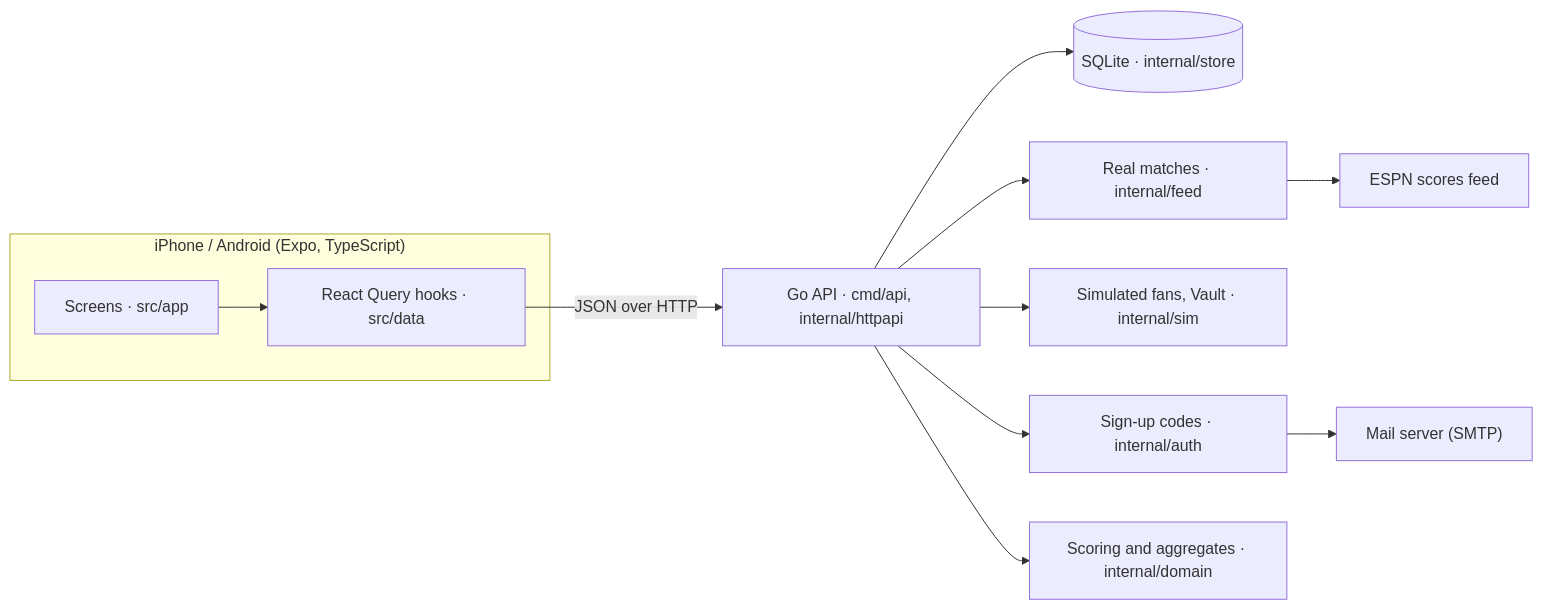
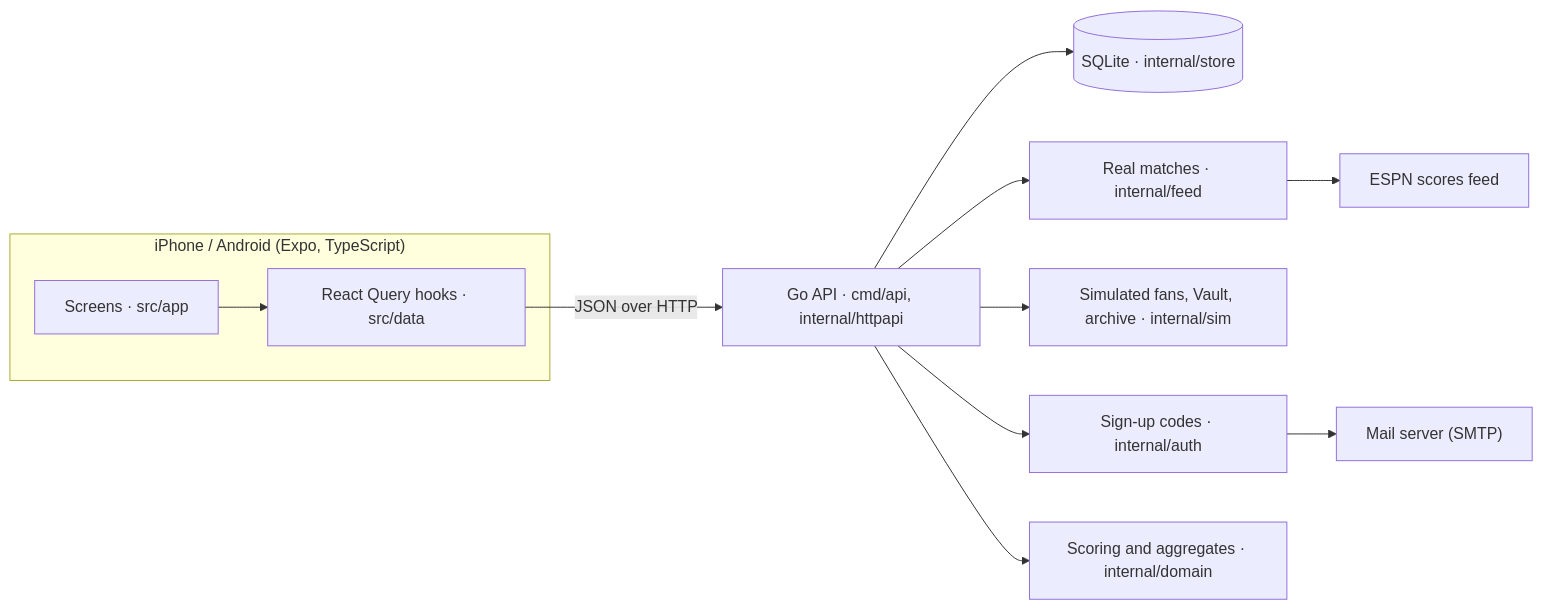
The diagram in README.md (swathivallabhaneni289/innings), drawn with Mermaid before and after one commit. The commit also changed other lines of this file and 10 other files, not shown here.

````diff
--- a/README.md
+++ b/README.md
@@ -73,12 +57,12 @@
 ```mermaid
 flowchart LR
   subgraph Phone["iPhone / Android (Expo, TypeScript)"]
     UI["Screens · src/app"] --> Data["React Query hooks · src/data"]
   end
   Data -- "JSON over HTTP" --> API["Go API · cmd/api, internal/httpapi"]
   API --> Store[("SQLite · internal/store")]
   API --> Feed["Real matches · internal/feed"] --> Provider["ESPN scores feed"]
-  API --> Sim["Simulated fans, Vault · internal/sim"]
+  API --> Sim["Simulated fans, Vault, archive · internal/sim"]
   API --> Mail["Sign-up codes · internal/auth"] --> SMTP["Mail server (SMTP)"]
   API --> Rules["Scoring and aggregates · internal/domain"]
 ```
````
